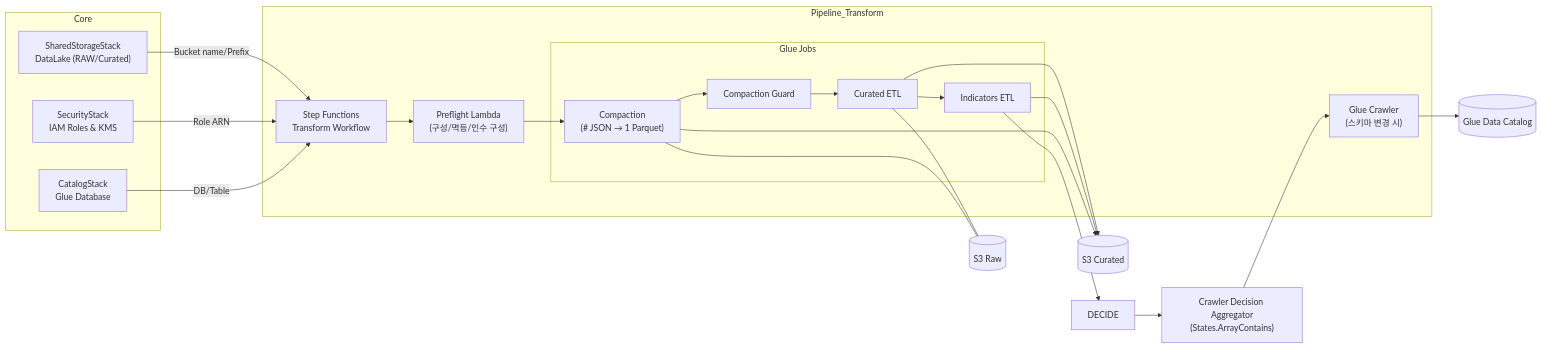
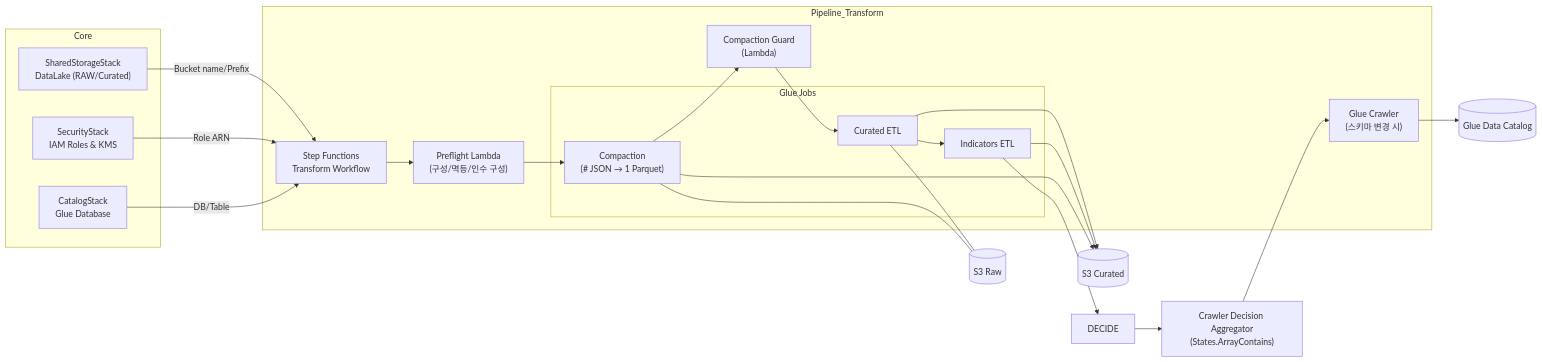
Before and after one commit to keemgdeok/fin-forge-pipeline: the diagram in docs/diagrams/transform/01-components.md, drawn with Mermaid. The commit also changed 23 other files, not shown here.

Commit message:
docs: update docs/diagrams/

````diff
--- a/docs/diagrams/transform/01-components.md
+++ b/docs/diagrams/transform/01-components.md
@@ -1,38 +1,38 @@
 ```mermaid
 graph LR
   subgraph Core
     SS["SharedStorageStack<br/>DataLake (RAW/Curated)"]
     SEC["SecurityStack<br/>IAM Roles & KMS"]
     GOV["CatalogStack<br/>Glue Database"]
   end
 
   subgraph Pipeline_Transform
     SFN["Step Functions<br/>Transform Workflow"]
     PRE["Preflight Lambda<br/>(구성/멱등/인수 구성)"]
     subgraph Glue_Jobs["Glue Jobs"]
       COMP["Compaction<br/>(# JSON → 1 Parquet)"]
-      GUARD["Compaction Guard"]
       GLUE["Curated ETL"]
       IND["Indicators ETL"]
     end
+    GUARD["Compaction Guard<br/>(Lambda)"]
     CRAWL["Glue Crawler<br/>(스키마 변경 시)"]
   end
 
   SS -->|Bucket name/Prefix| SFN
   SEC -->|Role ARN| SFN
   GOV -->|DB/Table| SFN
 
   SFN --> PRE
   PRE --> COMP
   COMP --> GUARD --> GLUE --> IND --> DECIDE
   DECIDE --> AGG["Crawler Decision Aggregator<br/>(States.ArrayContains)"]
   AGG --> CRAWL
   GLUE --> CUR[(S3 Curated)]
   IND --> CUR
   GLUE --- RAW[(S3 Raw)]
   COMP --- RAW
   COMP --> CUR
   CRAWL --> CAT[(Glue Data Catalog)]
 
   %% Governance/Security notes
 ```
````
